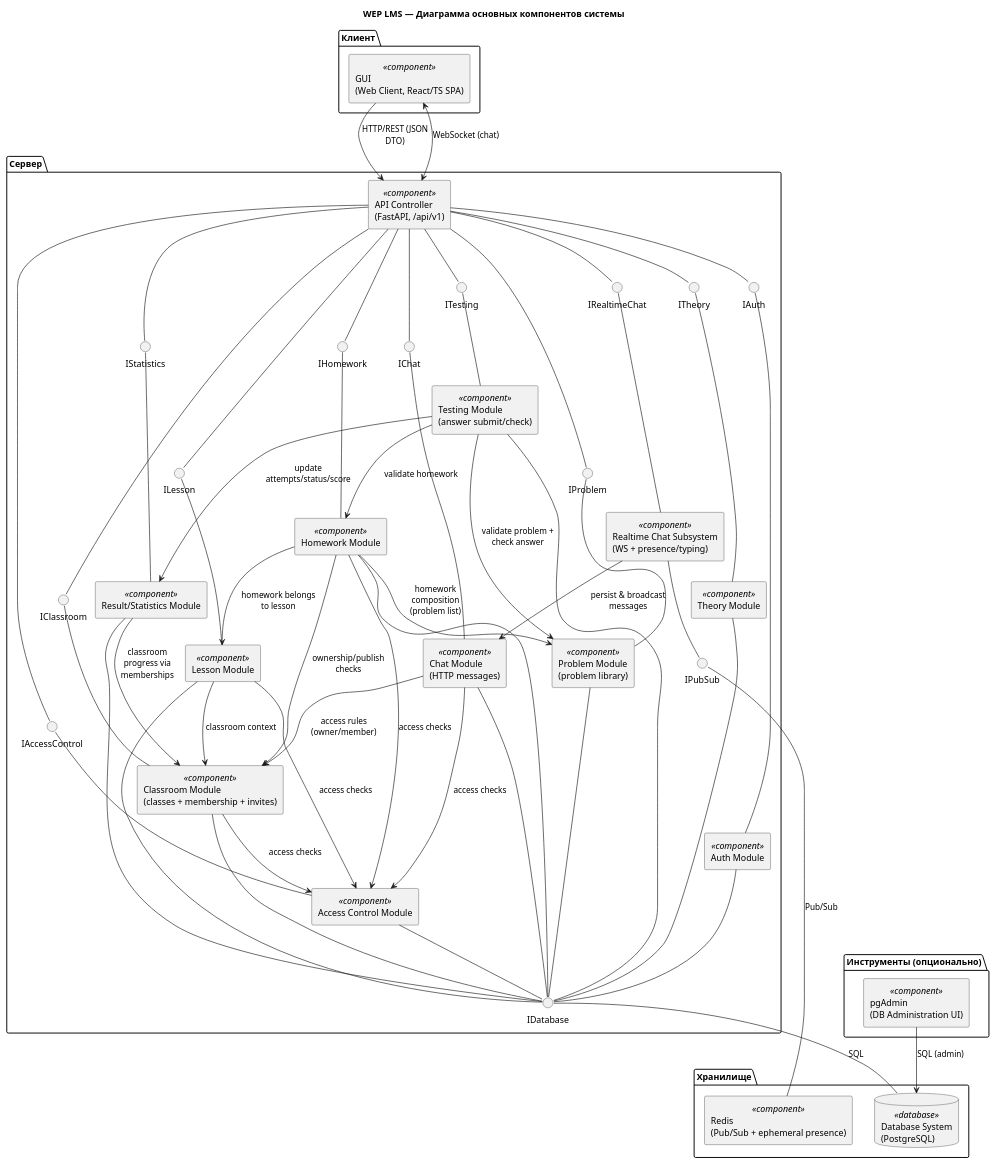
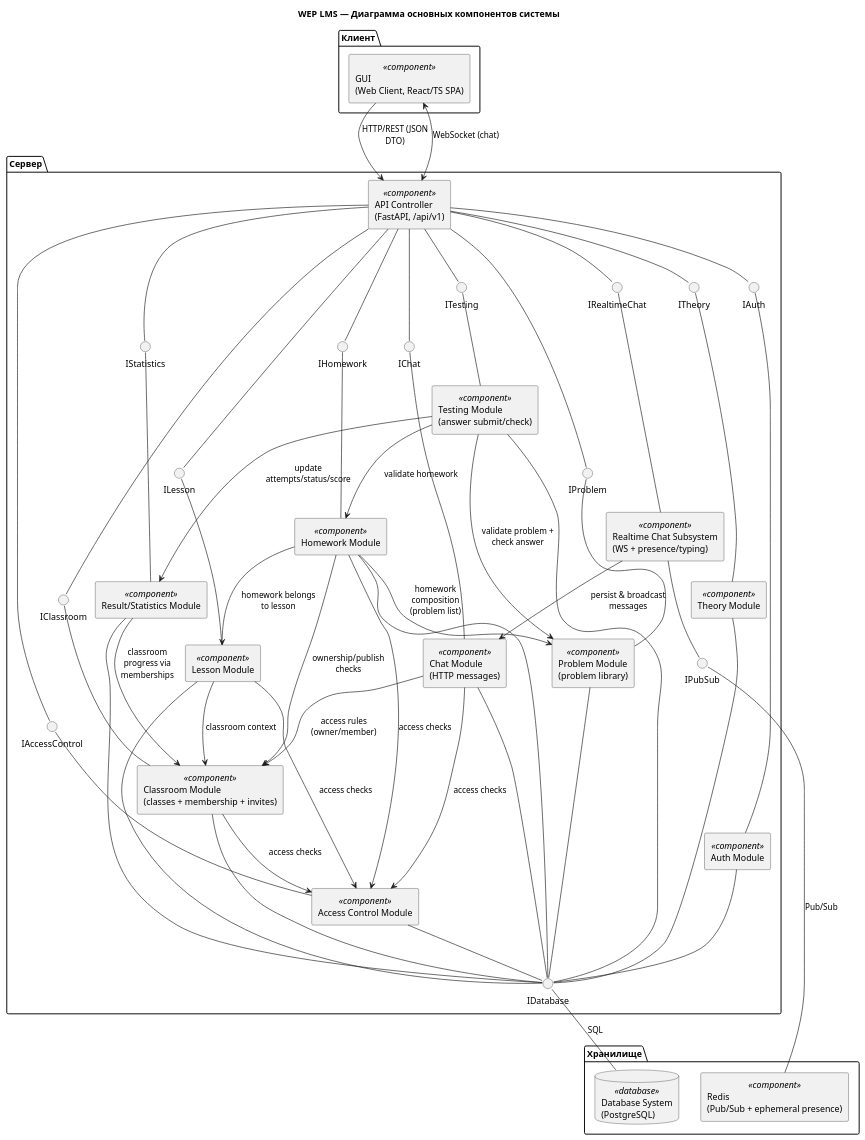
One commit to Kirill555dg/wep-education-platform changed the diagram in docs/diagrams/component-diagram.puml. Above: the diagram before and after it, drawn with PlantUML. The commit also changed 1 other file, not shown here.

Commit message:
docs: simplify component descriptions; remove pgAdmin

```diff
--- a/docs/diagrams/component-diagram.puml
+++ b/docs/diagrams/component-diagram.puml
@@ -1,116 +1,110 @@
 @startuml
 title WEP LMS — Диаграмма основных компонентов системы
 
 skinparam componentStyle rectangle
 skinparam shadowing false
 skinparam wrapWidth 240
 skinparam maxMessageSize 120
 
 package "Клиент" as client {
   component "GUI\n(Web Client, React/TS SPA)" as GUI <<component>>
 }
 
 package "Сервер" as server {
   component "API Controller\n(FastAPI, /api/v1)" as API <<component>>
 
   component "Auth Module" as AUTH <<component>>
   component "Access Control Module" as ACL <<component>>
   component "Classroom Module\n(classes + membership + invites)" as CLASSROOM <<component>>
   component "Lesson Module" as LESSON <<component>>
   component "Homework Module" as HOMEWORK <<component>>
   component "Problem Module\n(problem library)" as PROBLEM <<component>>
   component "Testing Module\n(answer submit/check)" as TESTING <<component>>
   component "Result/Statistics Module" as STATS <<component>>
   component "Theory Module" as THEORY <<component>>
   component "Chat Module\n(HTTP messages)" as CHAT <<component>>
   component "Realtime Chat Subsystem\n(WS + presence/typing)" as REALTIME <<component>>
 
   () "IAuth" as IAuth
   () "IAccessControl" as IAccessControl
   () "IClassroom" as IClassroom
   () "ILesson" as ILesson
   () "IHomework" as IHomework
   () "IProblem" as IProblem
   () "ITesting" as ITesting
   () "IStatistics" as IStatistics
   () "ITheory" as ITheory
   () "IChat" as IChat
   () "IRealtimeChat" as IRealtimeChat
   () "IDatabase" as IDatabase
   () "IPubSub" as IPubSub
 }
 
 package "Хранилище" as storage {
   database "Database System\n(PostgreSQL)" as DB <<database>>
   component "Redis\n(Pub/Sub + ephemeral presence)" as REDIS <<component>>
-}
-
-package "Инструменты (опционально)" as tools {
-  component "pgAdmin\n(DB Administration UI)" as PGADMIN <<component>>
 }
 
 ' Client ↔ Server (client–server interaction model)
 GUI --> API : HTTP/REST (JSON DTO)
 GUI <--> API : WebSocket (chat)
 
 ' API Controller uses domain modules through provided interfaces
 API -- IAuth
 API -- IAccessControl
 API -- IClassroom
 API -- ILesson
 API -- IHomework
 API -- IProblem
 API -- ITesting
 API -- IStatistics
 API -- ITheory
 API -- IChat
 API -- IRealtimeChat
 
 IAuth -- AUTH
 IAccessControl -- ACL
 IClassroom -- CLASSROOM
 ILesson -- LESSON
 IHomework -- HOMEWORK
 IProblem -- PROBLEM
 ITesting -- TESTING
 IStatistics -- STATS
 ITheory -- THEORY
 IChat -- CHAT
 IRealtimeChat -- REALTIME
 
 ' Inter-module dependencies (based on implemented MVP logic)
 LESSON --> CLASSROOM : classroom context
 HOMEWORK --> LESSON : homework belongs to lesson
 HOMEWORK --> CLASSROOM : ownership/publish checks
 HOMEWORK --> PROBLEM : homework composition (problem list)
 TESTING --> HOMEWORK : validate homework
 TESTING --> PROBLEM : validate problem + check answer
 TESTING --> STATS : update attempts/status/score
 STATS --> CLASSROOM : classroom progress via memberships
 CHAT --> CLASSROOM : access rules (owner/member)
 REALTIME --> CHAT : persist & broadcast messages
 CLASSROOM --> ACL : access checks
 LESSON --> ACL : access checks
 HOMEWORK --> ACL : access checks
 CHAT --> ACL : access checks
 
 ' Data persistence and realtime infrastructure
 AUTH -- IDatabase
 ACL -- IDatabase
 CLASSROOM -- IDatabase
 LESSON -- IDatabase
 HOMEWORK -- IDatabase
 PROBLEM -- IDatabase
 TESTING -- IDatabase
 STATS -- IDatabase
 THEORY -- IDatabase
 CHAT -- IDatabase
 
 REALTIME -- IPubSub
 
 IDatabase -- DB : SQL
 IPubSub -- REDIS : Pub/Sub
 
-PGADMIN --> DB : SQL (admin)
-
 @enduml
```
